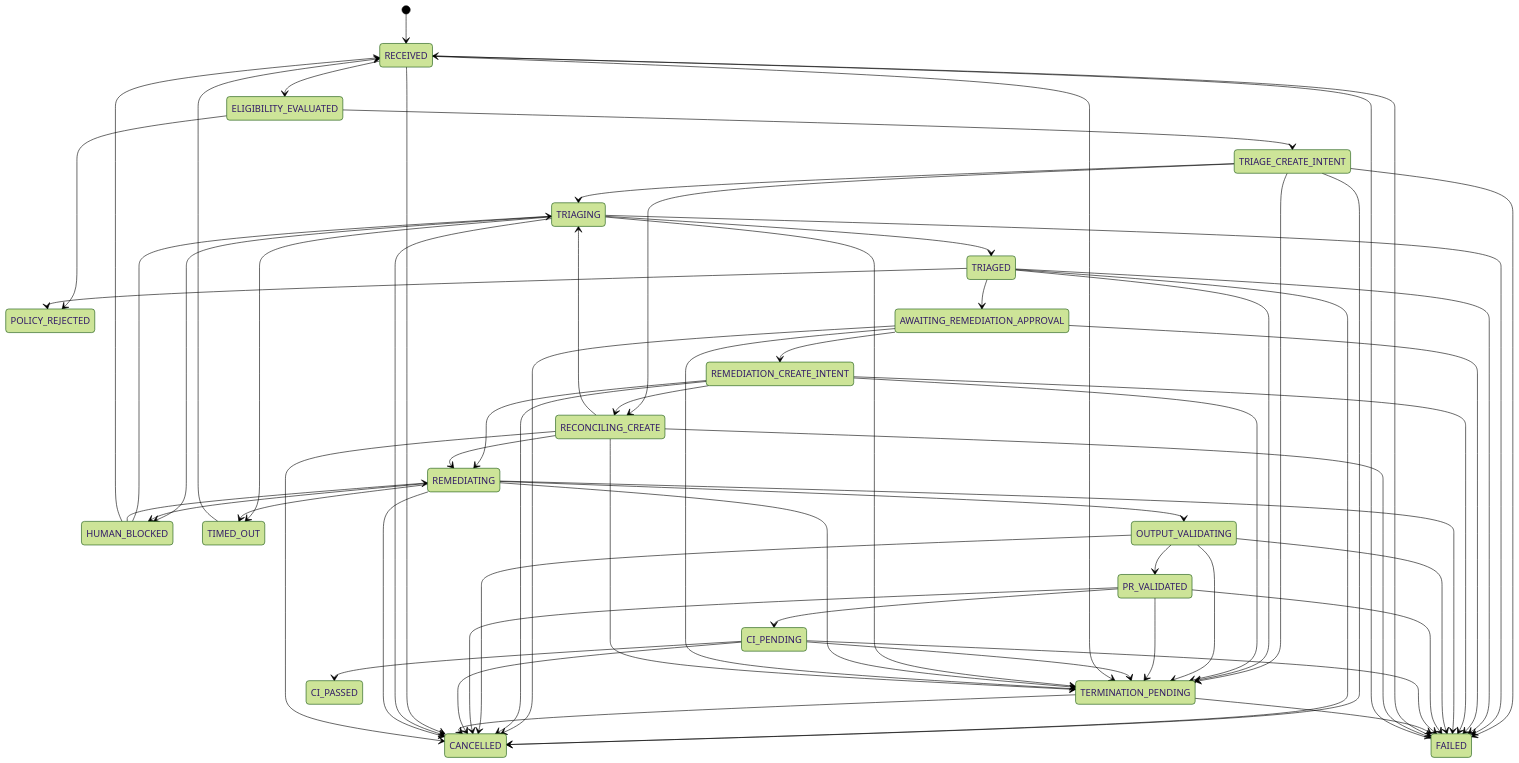
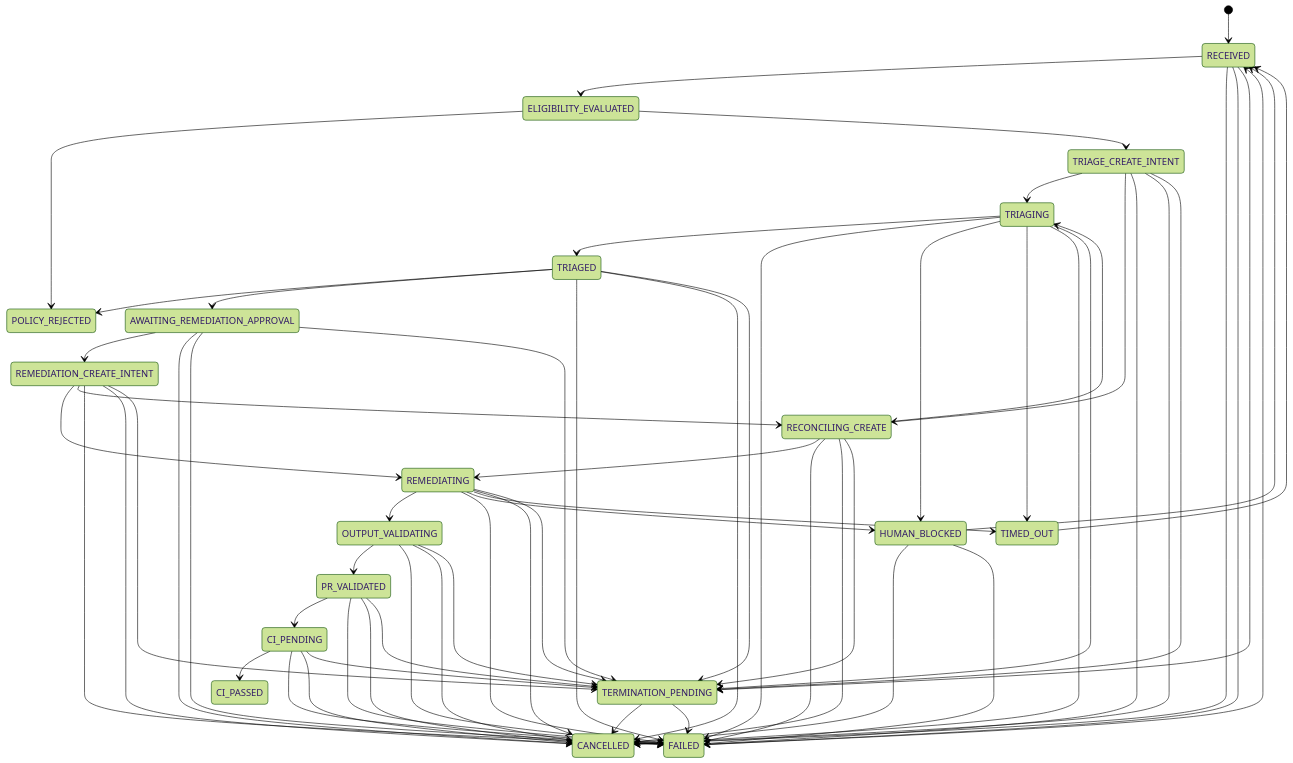
One commit to marcelaubry/superset-devin-remediator changed the second of 2 diagrams in docs/architecture.md. Above: the diagram before and after it, drawn with Mermaid (forest theme). The commit also changed other lines of this file and 29 other files, not shown here.

````diff
--- a/docs/architecture.md
+++ b/docs/architecture.md
@@ -43,65 +44,65 @@
 ```mermaid
 stateDiagram-v2
   [*] --> RECEIVED
   RECEIVED --> ELIGIBILITY_EVALUATED
   ELIGIBILITY_EVALUATED --> POLICY_REJECTED
   ELIGIBILITY_EVALUATED --> TRIAGE_CREATE_INTENT
   TRIAGE_CREATE_INTENT --> TRIAGING
   TRIAGE_CREATE_INTENT --> RECONCILING_CREATE
   TRIAGE_CREATE_INTENT --> FAILED
   TRIAGE_CREATE_INTENT --> CANCELLED
   TRIAGE_CREATE_INTENT --> TERMINATION_PENDING
   TRIAGING --> TRIAGED
   TRIAGING --> FAILED
   TRIAGING --> HUMAN_BLOCKED
   TRIAGING --> TIMED_OUT
   TRIAGED --> POLICY_REJECTED
   TRIAGED --> AWAITING_REMEDIATION_APPROVAL
   TRIAGED --> FAILED
   TRIAGED --> CANCELLED
   TRIAGED --> TERMINATION_PENDING
   AWAITING_REMEDIATION_APPROVAL --> REMEDIATION_CREATE_INTENT
   AWAITING_REMEDIATION_APPROVAL --> CANCELLED
   AWAITING_REMEDIATION_APPROVAL --> FAILED
   REMEDIATION_CREATE_INTENT --> REMEDIATING
   REMEDIATION_CREATE_INTENT --> RECONCILING_CREATE
   REMEDIATION_CREATE_INTENT --> FAILED
   REMEDIATION_CREATE_INTENT --> CANCELLED
   REMEDIATION_CREATE_INTENT --> TERMINATION_PENDING
   REMEDIATING --> OUTPUT_VALIDATING
   REMEDIATING --> FAILED
   REMEDIATING --> HUMAN_BLOCKED
   REMEDIATING --> TIMED_OUT
   OUTPUT_VALIDATING --> PR_VALIDATED
   OUTPUT_VALIDATING --> FAILED
   OUTPUT_VALIDATING --> CANCELLED
   OUTPUT_VALIDATING --> TERMINATION_PENDING
   PR_VALIDATED --> CI_PENDING
   PR_VALIDATED --> FAILED
   PR_VALIDATED --> CANCELLED
   PR_VALIDATED --> TERMINATION_PENDING
   CI_PENDING --> CI_PASSED
   CI_PENDING --> FAILED
   CI_PENDING --> CANCELLED
   CI_PENDING --> TERMINATION_PENDING
-  HUMAN_BLOCKED --> TRIAGING
-  HUMAN_BLOCKED --> REMEDIATING
   HUMAN_BLOCKED --> RECEIVED
+  HUMAN_BLOCKED --> CANCELLED
+  HUMAN_BLOCKED --> FAILED
   FAILED --> RECEIVED
   TIMED_OUT --> RECEIVED
   TERMINATION_PENDING --> CANCELLED
   TERMINATION_PENDING --> FAILED
   RECEIVED --> CANCELLED
   RECEIVED --> FAILED
   RECEIVED --> TERMINATION_PENDING
   TRIAGING --> CANCELLED
   TRIAGING --> TERMINATION_PENDING
   REMEDIATING --> CANCELLED
   REMEDIATING --> TERMINATION_PENDING
   AWAITING_REMEDIATION_APPROVAL --> TERMINATION_PENDING
   RECONCILING_CREATE --> TRIAGING
   RECONCILING_CREATE --> REMEDIATING
   RECONCILING_CREATE --> FAILED
   RECONCILING_CREATE --> CANCELLED
   RECONCILING_CREATE --> TERMINATION_PENDING
 ```
````
